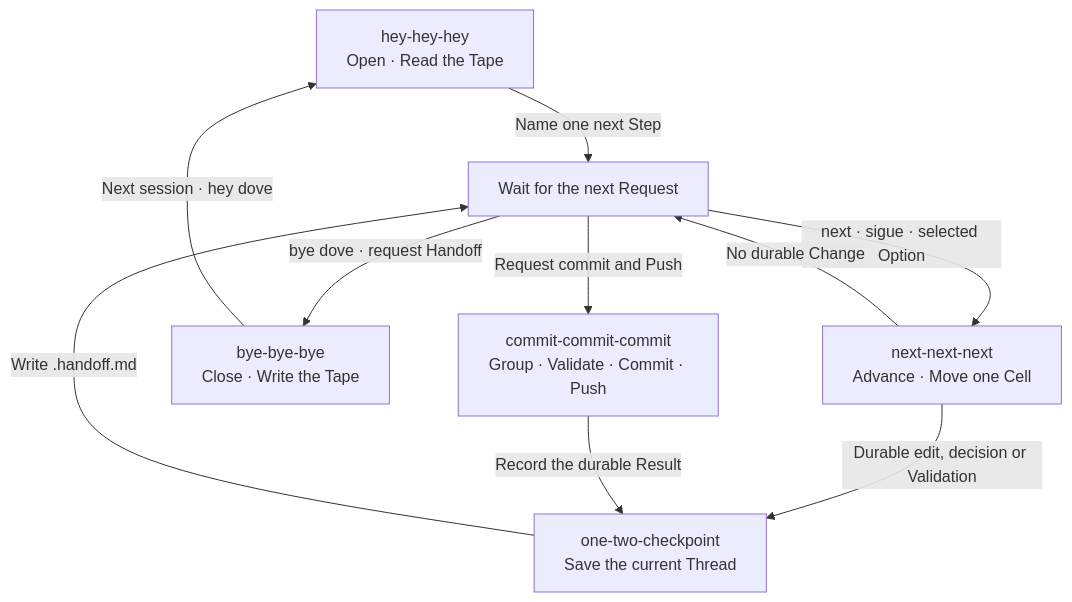
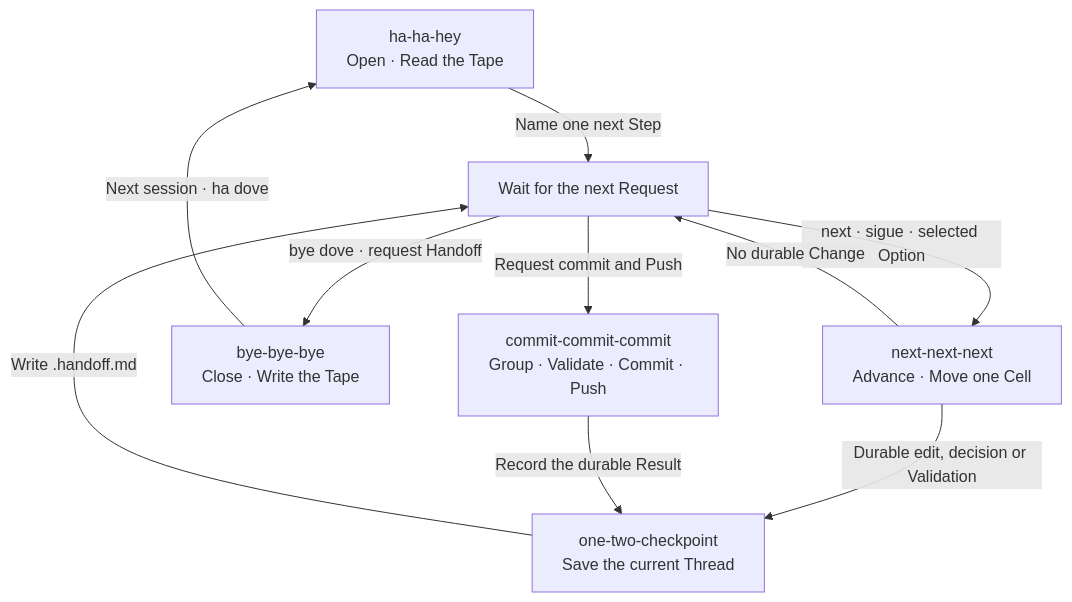
The diagram in patterns/the-lever-and-the-tape.md (cangrejometralleta/OneTwoThree), drawn with Mermaid before and after one commit. The commit also changed 8 other files, not shown here.

Commit message:
Rename hey-hey-hey to ha-ha-hey and let Dove answer five greetings

````diff
--- a/patterns/the-lever-and-the-tape.md
+++ b/patterns/the-lever-and-the-tape.md
@@ -7,20 +7,20 @@
 ```mermaid
 flowchart TD
-    HEY["hey-hey-hey<br/>Open · Read the Tape"]
+    HEY["ha-ha-hey<br/>Open · Read the Tape"]
     NEXT["next-next-next<br/>Advance · Move one Cell"]
     BYE["bye-bye-bye<br/>Close · Write the Tape"]
 
     CHECKPOINT["one-two-checkpoint<br/>Save the current Thread"]
     WAIT["Wait for the next Request"]
     COMMIT["commit-commit-commit<br/>Group · Validate · Commit · Push"]
 
     HEY -- "Name one next Step" --> WAIT
     WAIT -- "next · sigue · selected Option" --> NEXT
     NEXT -- "Durable edit, decision or Validation" --> CHECKPOINT
     CHECKPOINT -- "Write .handoff.md" --> WAIT
     NEXT -- "No durable Change" --> WAIT
     WAIT -- "Request commit and Push" --> COMMIT
     COMMIT -- "Record the durable Result" --> CHECKPOINT
     WAIT -- "bye dove · request Handoff" --> BYE
-    BYE -- "Next session · hey dove" --> HEY
+    BYE -- "Next session · ha dove" --> HEY
 ```
````
